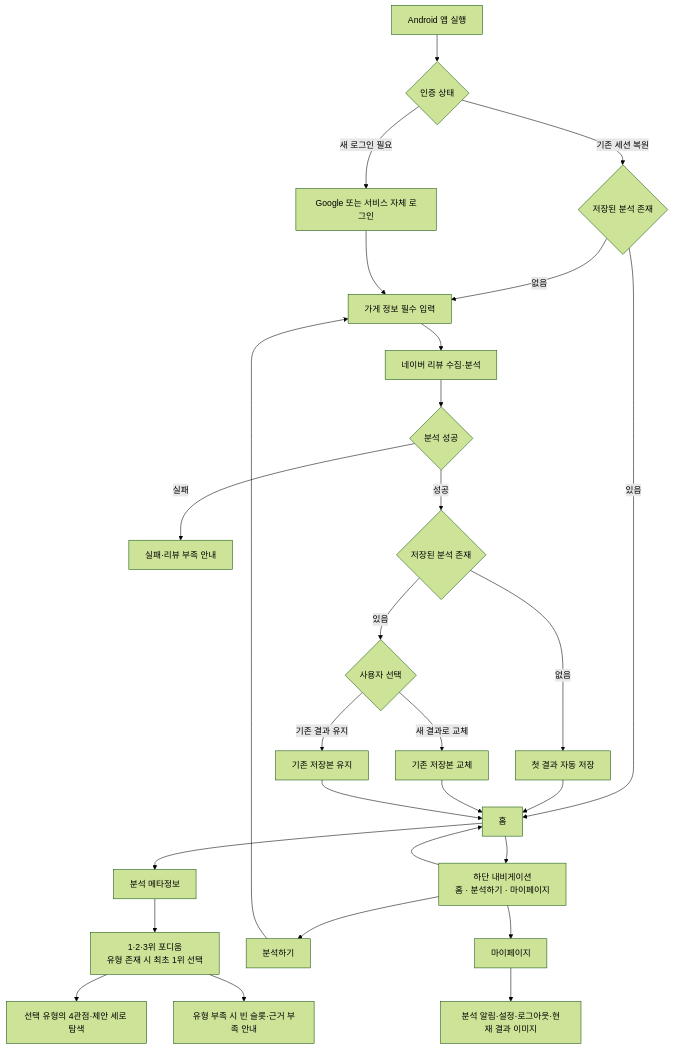
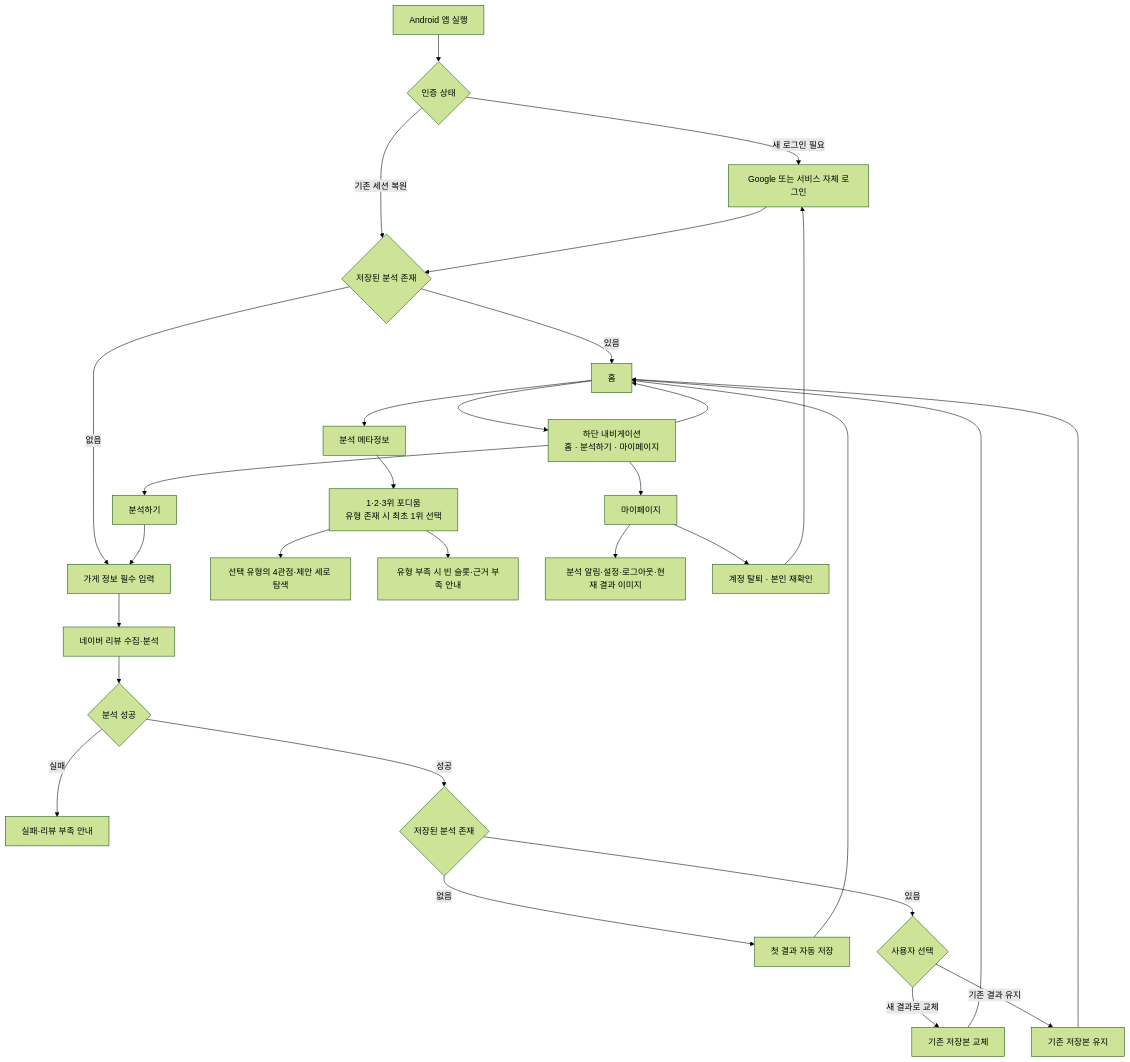
Before and after one commit to SKUnohtaekyung/PULSE_SCC: the diagram in docs/product/requirements/USER_FLOW.md, drawn with Mermaid (forest theme). The commit also changed other lines of this file and 283 other files, not shown here.

````diff
--- a/docs/product/requirements/USER_FLOW.md
+++ b/docs/product/requirements/USER_FLOW.md
@@ -34,30 +35,32 @@
 ```mermaid
 flowchart TD
     A[Android 앱 실행] --> B{인증 상태}
     B -- 새 로그인 필요 --> C[Google 또는 서비스 자체 로그인]
     B -- 기존 세션 복원 --> Z{저장된 분석 존재}
     Z -- 있음 --> H[홈]
-    Z -- 없음 --> D
-    C --> D[가게 정보 필수 입력]
+    Z -- 없음 --> D[가게 정보 필수 입력]
+    C --> Z
     D --> E[네이버 리뷰 수집·분석]
     E --> F{분석 성공}
     F -- 실패 --> G[실패·리뷰 부족 안내]
     F -- 성공 --> S{저장된 분석 존재}
     S -- 없음 --> T[첫 결과 자동 저장]
     T --> H
     S -- 있음 --> U{사용자 선택}
     U -- 새 결과로 교체 --> V[기존 저장본 교체]
     U -- 기존 결과 유지 --> W[기존 저장본 유지]
     V --> H
     W --> H
     H --> M[분석 메타정보]
     M --> P[1·2·3위 포디움<br/>유형 존재 시 최초 1위 선택]
     P --> Q[선택 유형의 4관점·제안 세로 탐색]
     P --> P1[유형 부족 시 빈 슬롯·근거 부족 안내]
     H --> N[하단 내비게이션<br/>홈 · 분석하기 · 마이페이지]
     N --> H
     N --> X[분석하기]
     X --> D
     N --> Y[마이페이지]
     Y --> Y1[분석 알림·설정·로그아웃·현재 결과 이미지]
+    Y --> Y2[계정 탈퇴 · 본인 재확인]
+    Y2 --> C
 ```
````
